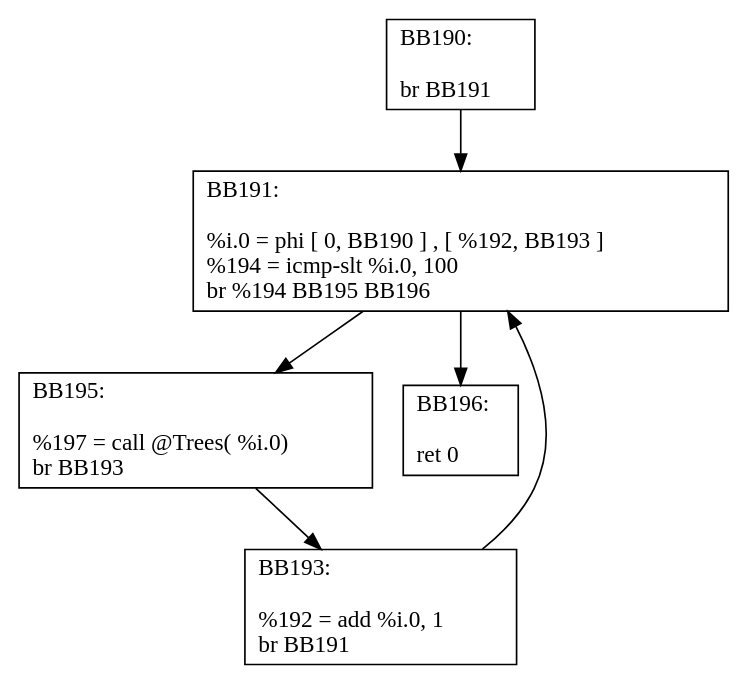
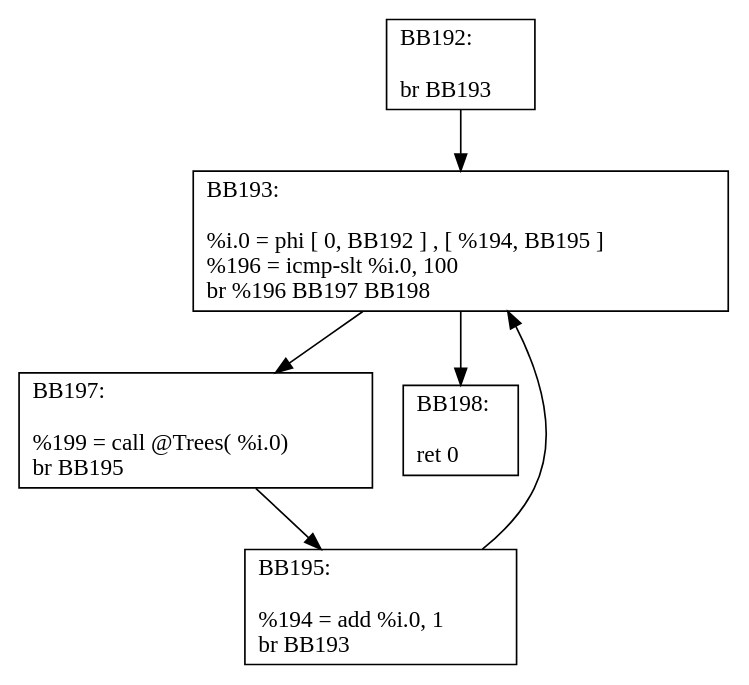
The diagram in src/dot_files/Treesort/main.dot (angelica-moreira/CfgGenerator), drawn with Graphviz before and after one commit. The commit also changed 83 other files, not shown here.

Commit message:
Updating the phi node label generator for the special case when it does not have name and updating the dot files

```diff
--- a/src/dot_files/Treesort/main.dot
+++ b/src/dot_files/Treesort/main.dot
@@ -1,31 +1,31 @@
 digraph "CFG for 'main' function" {
-BB190 [shape=record,
-    label="{BB190:\l\l
-             br BB191\l
+BB192 [shape=record,
+    label="{BB192:\l\l
+             br BB193\l
              }"];
-BB190 -> BB191
-BB191 [shape=record,
-    label="{BB191:\l\l
-             %i.0 = phi [ 0, BB190 ] , [ %192, BB193 ] \l
-             %194 = icmp-slt %i.0, 100\l
-             br %194 BB195 BB196\l
+BB192 -> BB193
+BB193 [shape=record,
+    label="{BB193:\l\l
+             %i.0 = phi [ 0, BB192 ] , [ %194, BB195 ] \l
+             %196 = icmp-slt %i.0, 100\l
+             br %196 BB197 BB198\l
              }"];
-BB191 -> BB195
-BB191 -> BB196
+BB193 -> BB197
+BB193 -> BB198
+BB197 [shape=record,
+    label="{BB197:\l\l
+             %199 = call @Trees( %i.0)\l
+             br BB195\l
+             }"];
+BB197 -> BB195
 BB195 [shape=record,
     label="{BB195:\l\l
-             %197 = call @Trees( %i.0)\l
+             %194 = add %i.0, 1\l
              br BB193\l
              }"];
 BB195 -> BB193
-BB193 [shape=record,
-    label="{BB193:\l\l
-             %192 = add %i.0, 1\l
-             br BB191\l
-             }"];
-BB193 -> BB191
-BB196 [shape=record,
-    label="{BB196:\l\l
+BB198 [shape=record,
+    label="{BB198:\l\l
              ret 0\l
              }"];
 }
```
